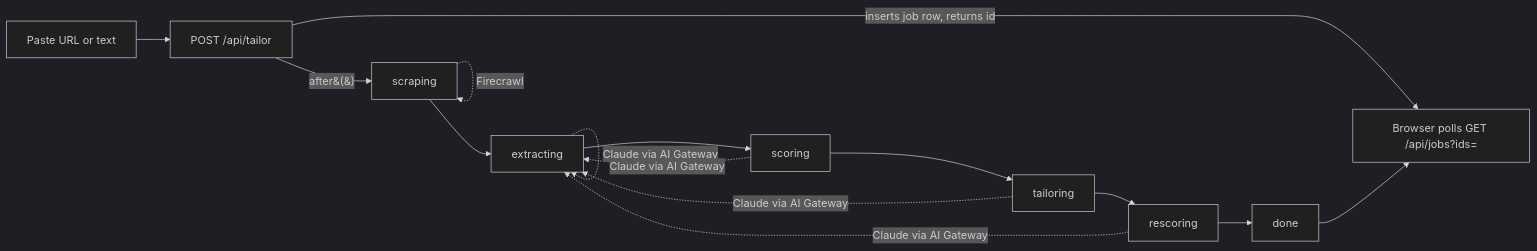
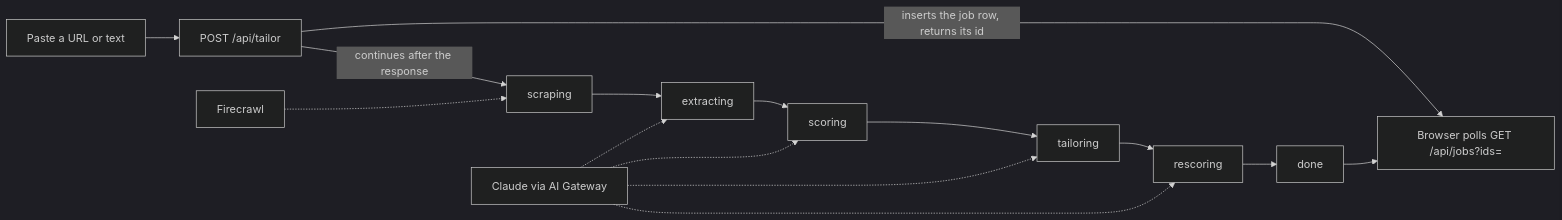
The diagram in README.md (tylerclark/resume.buzz), drawn with Mermaid (dark theme) before and after one commit.

Commit message:
docs: fix the pipeline diagram GitHub could not render
Parentheses in a mermaid edge label are a parse error. Labels are now quoted and the
external services are their own nodes instead of self-loops.

````diff
--- a/README.md
+++ b/README.md
@@ -65,10 +65,10 @@
 ```mermaid
 flowchart LR
-  A[Paste URL or text] --> B[POST /api/tailor]
-  B -->|inserts job row, returns id| C[Browser polls GET /api/jobs?ids=]
-  B -->|after&#40;&#41;| D[scraping]
+  A["Paste a URL or text"] --> B["POST /api/tailor"]
+  B -- "inserts the job row, returns its id" --> C["Browser polls GET /api/jobs?ids="]
+  B -- "continues after the response" --> D[scraping]
   D --> E[extracting] --> F[scoring] --> G[tailoring] --> H[rescoring] --> I[done]
-  D -. Firecrawl .-> D
-  E & F & G & H -. Claude via AI Gateway .-> E
+  FC[Firecrawl] -.-> D
+  CL["Claude via AI Gateway"] -.-> E & F & G & H
   I --> C
 ```
````
